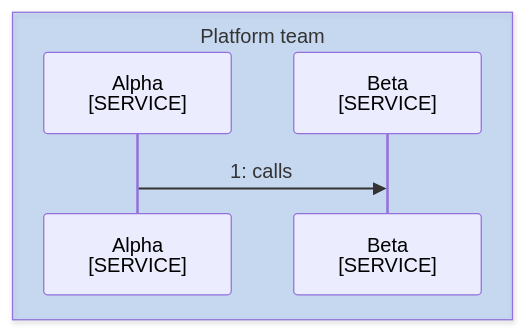
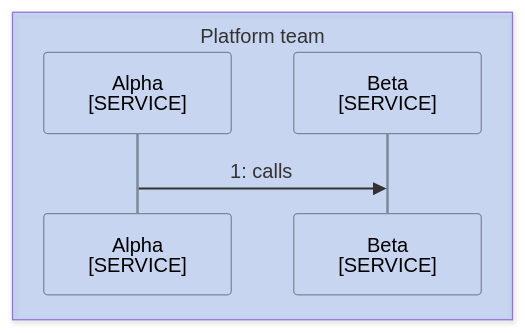
Diagram 19 of 21 in skills/docsmith/scripts/fixtures/bad/mmd-color-rules.md (choonchernlim/skills), drawn with Mermaid before and after one commit. The commit also changed other lines of this file and 127 other files, not shown here.

````diff
--- a/skills/docsmith/scripts/fixtures/bad/mmd-color-rules.md
+++ b/skills/docsmith/scripts/fixtures/bad/mmd-color-rules.md
@@ -446,8 +338,9 @@
 ```mermaid
 sequenceDiagram
-  box rgba(26,115,232,0.2) Platform team
+  %%{init: {"themeVariables": {"actorBkg": "transparent", "actorBorder": "#7d8799", "actorLineColor": "#7d8799", "labelBoxBorderColor": "#7d8799"}}}%%
+  box rgba(37,99,235,0.2) Platform team
     participant A as Alpha<br/>[SERVICE]
     participant B as Beta<br/>[SERVICE]
   end
   A->>B: 1: calls
 ```
````
